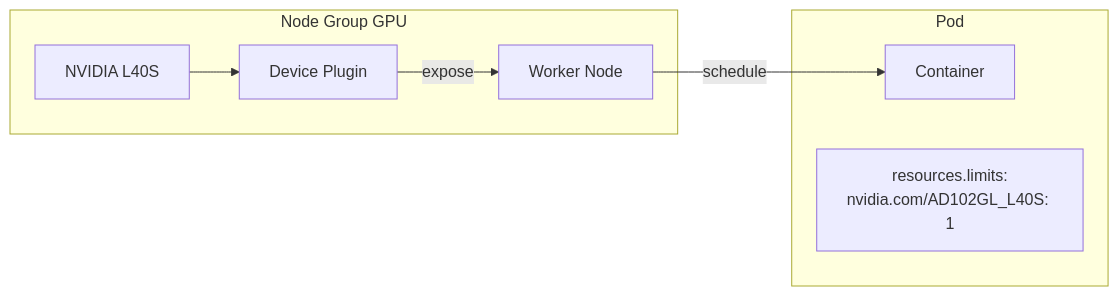
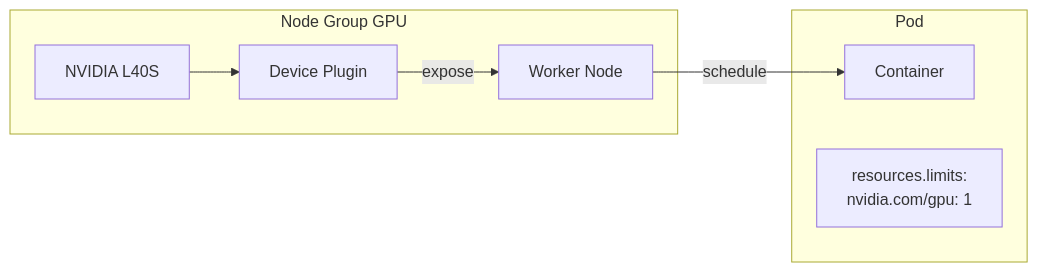
The second of 2 diagrams in i18n/en/docusaurus-plugin-content-docs/current/services/gpu/concepts.md (HidoraSwiss/hikube-public-doc), drawn with Mermaid before and after one commit. The commit also changed other lines of this file and 20 other files, not shown here.

````diff
--- a/i18n/en/docusaurus-plugin-content-docs/current/services/gpu/concepts.md
+++ b/i18n/en/docusaurus-plugin-content-docs/current/services/gpu/concepts.md
@@ -101,17 +102,17 @@
 ```mermaid
 graph LR
     subgraph "Node Group GPU"
         N1[Worker Node]
         GPU[NVIDIA L40S]
         DP[Device Plugin]
     end
 
     subgraph "Pod"
         C[Container]
-        RL[resources.limits:<br/>nvidia.com/AD102GL_L40S: 1]
+        RL[resources.limits:<br/>nvidia.com/gpu: 1]
     end
 
     GPU --> DP
     DP -->|expose| N1
     N1 -->|schedule| C
 ```
````
